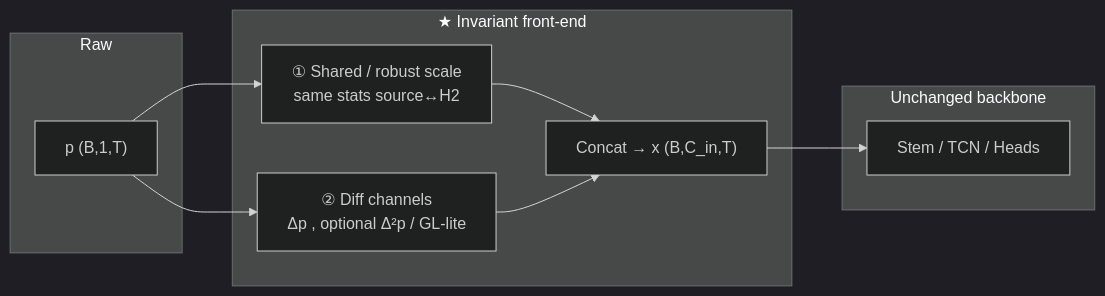
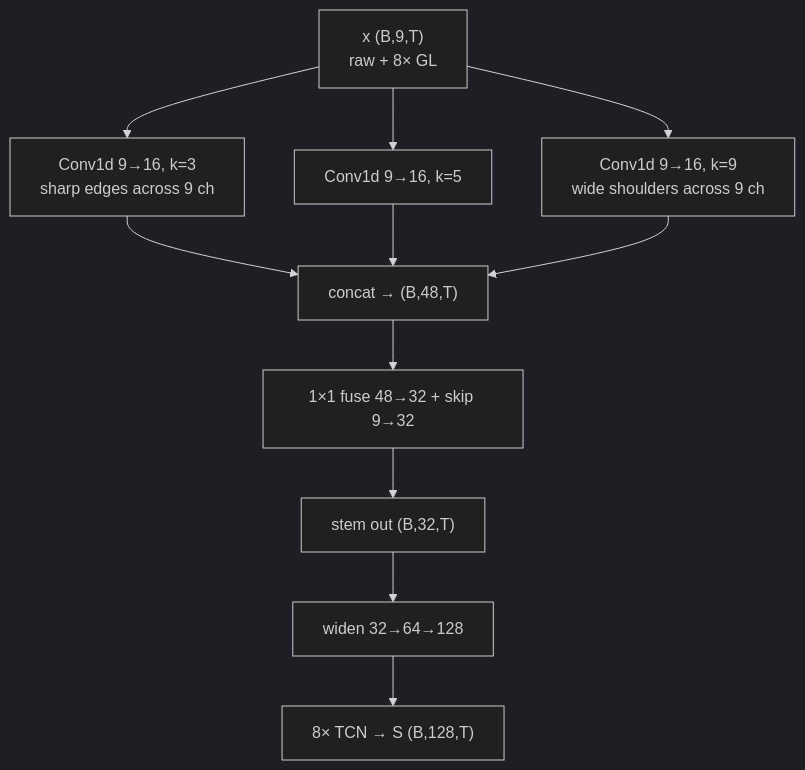
The third of 4 diagrams in multi_appliances_NILM/docs/multinilm_schirmer_invariance_upgrade.md (rtie2002/high_low_freq_NILM), drawn with Mermaid (dark theme) before and after one commit. The commit also changed other lines of this file and 36 other files, not shown here.

````diff
--- a/multi_appliances_NILM/docs/multinilm_schirmer_invariance_upgrade.md
+++ b/multi_appliances_NILM/docs/multinilm_schirmer_invariance_upgrade.md
@@ -179,22 +443,16 @@
 ```mermaid
-flowchart LR
-  subgraph IN["Raw"]
-    P["p (B,1,T)"]
-  end
+flowchart TB
+  X["x (B,9,T)<br/>raw + 8× GL"]
 
-  subgraph FE["★ Invariant front-end"]
-    SC["① Shared / robust scale<br/>same stats source↔H2"]
-    DF["② Diff channels<br/>Δp , optional Δ²p / GL-lite"]
-    CAT["Concat → x (B,C_in,T)"]
-    SC --> CAT
-    DF --> CAT
-  end
+  K3["Conv1d 9→16, k=3<br/>sharp edges across 9 ch"]
+  K5["Conv1d 9→16, k=5"]
+  K9["Conv1d 9→16, k=9<br/>wide shoulders across 9 ch"]
 
-  subgraph NET["Unchanged backbone"]
-    STEM["Stem / TCN / Heads"]
-  end
+  CAT["concat → (B,48,T)"]
+  FUSE["1×1 fuse 48→32 + skip 9→32"]
+  OUT["stem out (B,32,T)"]
+  WIDE["widen 32→64→128"]
+  TCN["8× TCN → S (B,128,T)"]
 
-  P --> SC
-  P --> DF
-  CAT --> STEM
+  X --> K3 & K5 & K9 --> CAT --> FUSE --> OUT --> WIDE --> TCN
 ```
````
